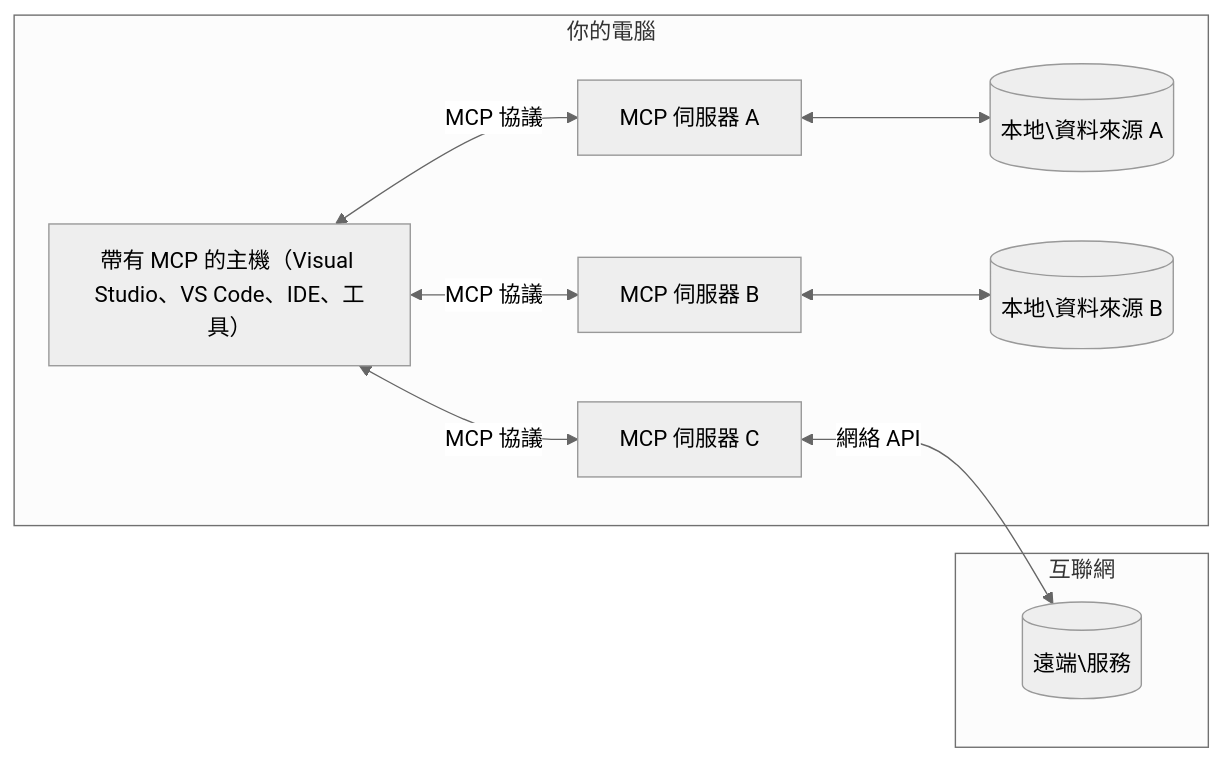
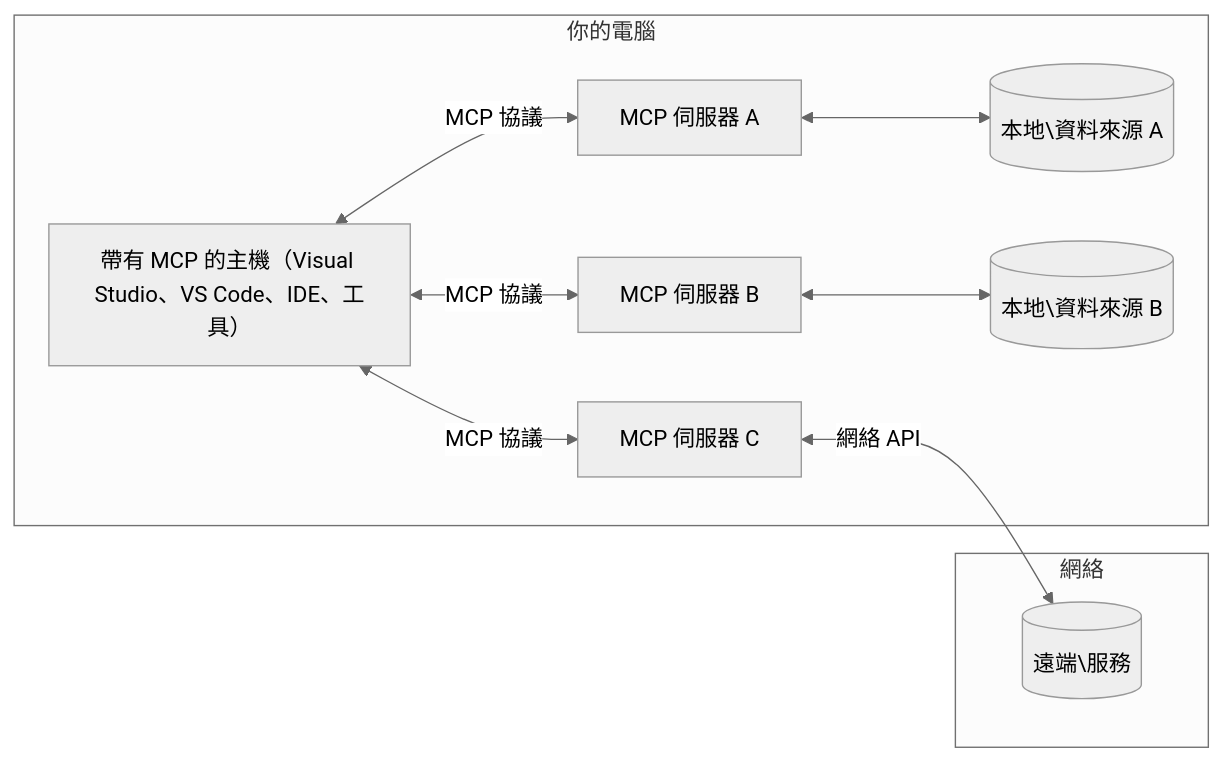
Before and after one commit to Mu-L/mcp-for-beginners: the diagram in translations/zh-HK/01-CoreConcepts/README.md, drawn with Mermaid (neutral theme). The commit also changed other lines of this file and 110 other files, not shown here.

````diff
--- a/translations/zh-HK/01-CoreConcepts/README.md
+++ b/translations/zh-HK/01-CoreConcepts/README.md
@@ -45,17 +44,17 @@
 ```mermaid
 flowchart LR
     subgraph "你的電腦"
         Host["帶有 MCP 的主機（Visual Studio、VS Code、IDE、工具）"]
         S1["MCP 伺服器 A"]
         S2["MCP 伺服器 B"]
         S3["MCP 伺服器 C"]
         Host <-->|"MCP 協議"| S1
         Host <-->|"MCP 協議"| S2
         Host <-->|"MCP 協議"| S3
         S1 <--> D1[("本地\資料來源 A")]
         S2 <--> D2[("本地\資料來源 B")]
     end
-    subgraph "互聯網"
+    subgraph "網絡"
         S3 <-->|"網絡 API"| D3[("遠端\服務")]
     end
 ```
````
